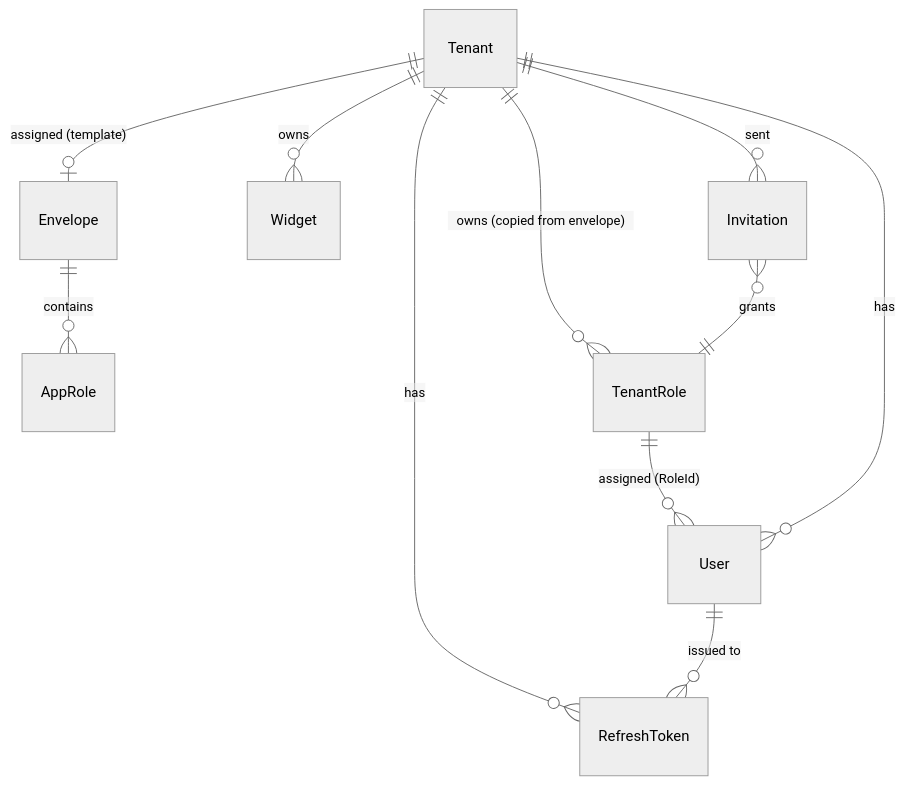
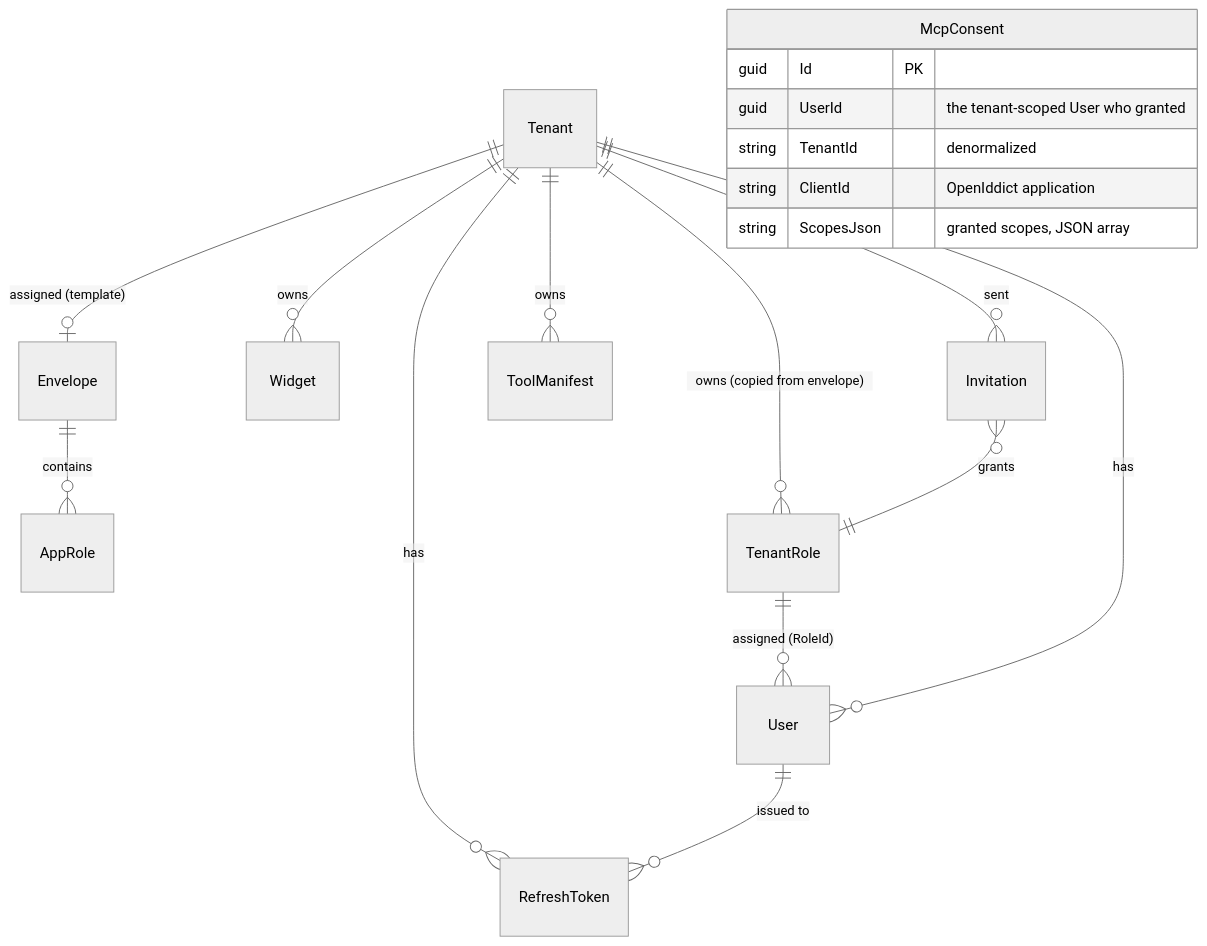
One commit to Haskeeb265/Tessra changed the diagram in docs/TABLES.md. Above: the diagram before and after it, drawn with Mermaid (neutral theme). The commit also changed other lines of this file and 90 other files, not shown here.

````diff
--- a/docs/TABLES.md
+++ b/docs/TABLES.md
@@ -10,13 +12,21 @@
 ```mermaid
 erDiagram
     Tenant ||--o| Envelope : "assigned (template)"
     Envelope ||--o{ AppRole : "contains"
     Tenant ||--o{ TenantRole : "owns (copied from envelope)"
     TenantRole ||--o{ User : "assigned (RoleId)"
     Tenant ||--o{ User : "has"
     Tenant ||--o{ Widget : "owns"
     Tenant ||--o{ RefreshToken : "has"
     User ||--o{ RefreshToken : "issued to"
     Tenant ||--o{ Invitation : "sent"
     Invitation }o--|| TenantRole : "grants"
+    Tenant ||--o{ ToolManifest : "owns"
+    McpConsent {
+        guid Id PK
+        guid UserId "the tenant-scoped User who granted"
+        string TenantId "denormalized"
+        string ClientId "OpenIddict application"
+        string ScopesJson "granted scopes, JSON array"
+    }
 ```
````
